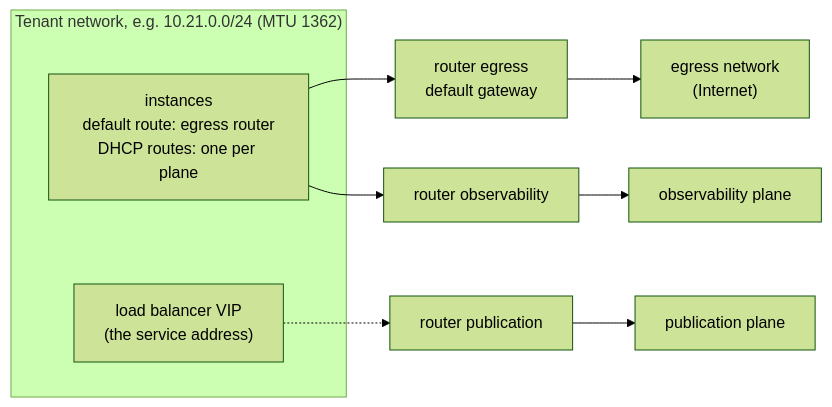
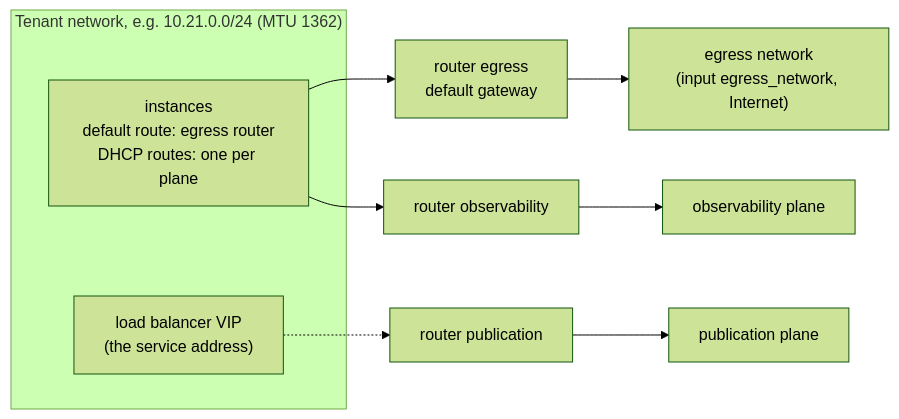
Before and after one commit to CyprisTech/openstack-multitenant-reference: the first of 9 diagrams in docs/concepts/architecture.md, drawn with Mermaid (forest theme). The commit also changed other lines of this file and 4 other files, not shown here.

````diff
--- a/docs/concepts/architecture.md
+++ b/docs/concepts/architecture.md
@@ -67,13 +39,13 @@
 ```mermaid
 flowchart LR
     subgraph T["Tenant network, e.g. 10.21.0.0/24 (MTU 1362)"]
         VM["instances<br/>default route: egress router<br/>DHCP routes: one per plane"]
         LB["load balancer VIP<br/>(the service address)"]
     end
     RE["router egress<br/>default gateway"]
     RS["router publication"]
     RM["router observability"]
-    VM --> RE --> PUB["egress network<br/>(Internet)"]
+    VM --> RE --> PUB["egress network<br/>(input egress_network, Internet)"]
     LB -.-> RS --> SVC["publication plane"]
     VM --> RM --> MON["observability plane"]
 ```
````
